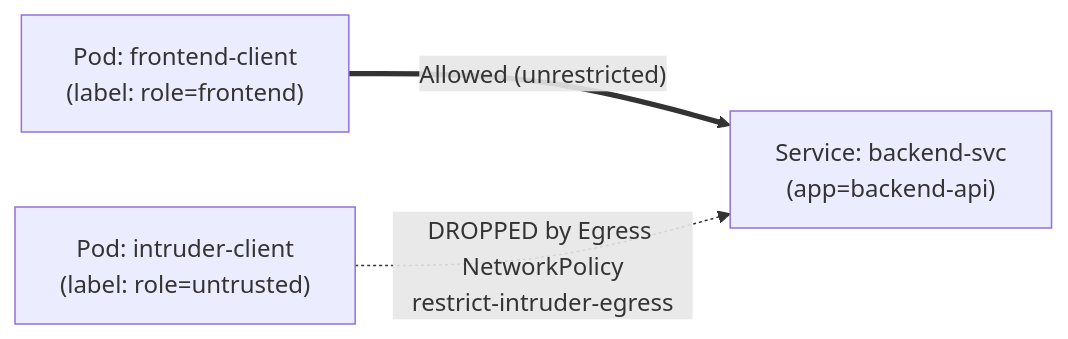
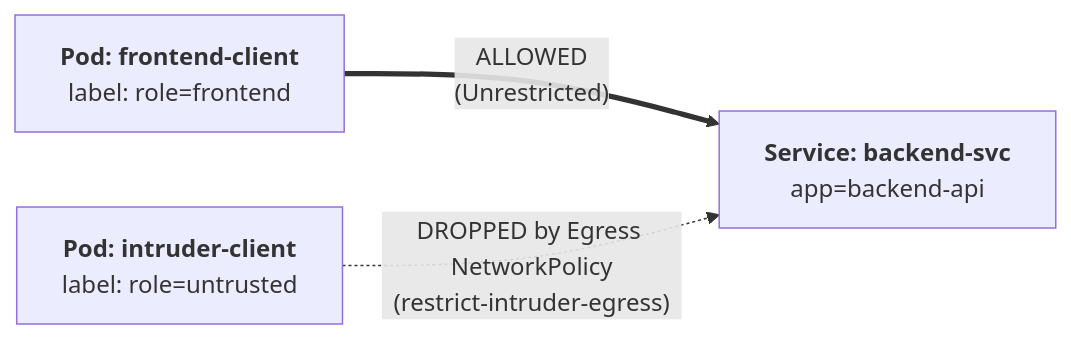
One commit to amlcoftherockies/scaling-the-kubernetes-mountain changed the second of 2 diagrams in section 8/README.md. Above: the diagram before and after it, drawn with Mermaid. The commit also changed other lines of this file and 4 other files, not shown here.

Commit message:
Fix Mermaid diagram line breaks (<br/> instead of literal \n) and layout across Sections 6-10

````diff
--- a/section 8/README.md
+++ b/section 8/README.md
@@ -245,5 +245,5 @@
 ```mermaid
 flowchart LR
-    FE["Pod: frontend-client\n(label: role=frontend)"] ==>|"Allowed (unrestricted)"| BE["Service: backend-svc\n(app=backend-api)"]
-    INT["Pod: intruder-client\n(label: role=untrusted)"] -.->|"DROPPED by Egress NetworkPolicy\nrestrict-intruder-egress"| BE
+    FE["<b>Pod: frontend-client</b><br/>label: role=frontend"] ==>|"ALLOWED<br/>(Unrestricted)"| BE["<b>Service: backend-svc</b><br/>app=backend-api"]
+    INT["<b>Pod: intruder-client</b><br/>label: role=untrusted"] -.->|"DROPPED by Egress NetworkPolicy<br/>(restrict-intruder-egress)"| BE
 ```
````
